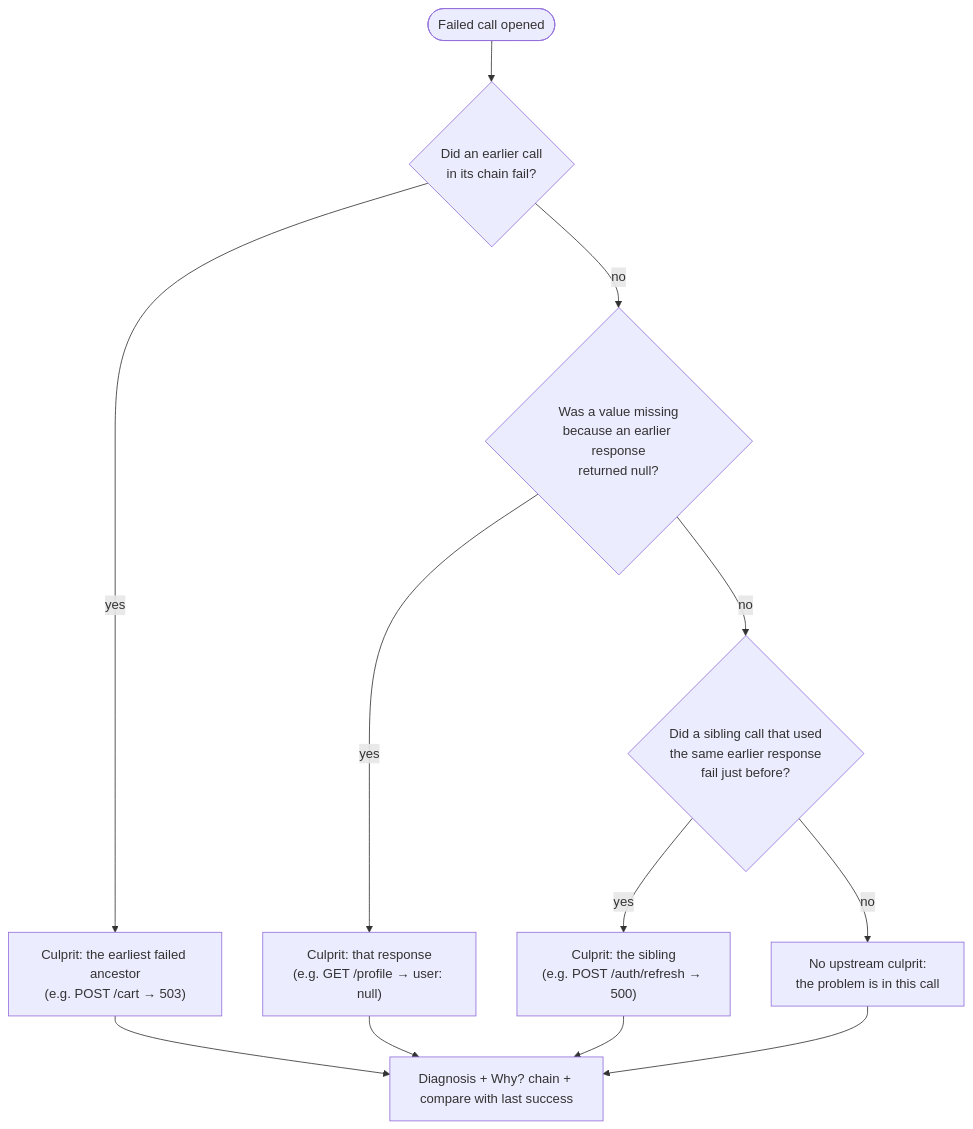
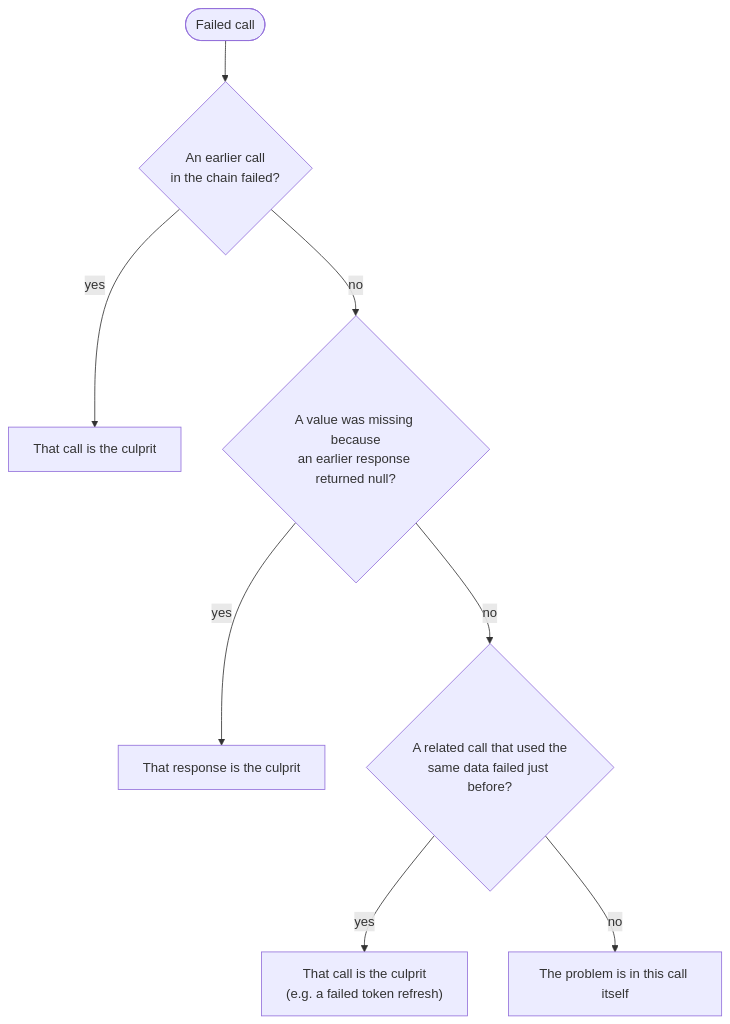
Before and after one commit to melvin-balajadia/culprit: the second of 2 diagrams in docs/CASE_STUDY.md, drawn with Mermaid. The commit also changed other lines of this file, not shown here.

````diff
--- a/docs/CASE_STUDY.md
+++ b/docs/CASE_STUDY.md
@@ -346,11 +167,10 @@
 ```mermaid
 flowchart TD
-    S([Failed call opened]) --> A{Did an earlier call<br/>in its chain fail?}
-    A -- yes --> C1["Culprit: the earliest failed ancestor<br/>(e.g. POST /cart → 503)"]
-    A -- no --> B{Was a value missing<br/>because an earlier response<br/>returned null?}
-    B -- yes --> C2["Culprit: that response<br/>(e.g. GET /profile → user: null)"]
-    B -- no --> D{Did a sibling call that used<br/>the same earlier response<br/>fail just before?}
-    D -- yes --> C3["Culprit: the sibling<br/>(e.g. POST /auth/refresh → 500)"]
-    D -- no --> N["No upstream culprit:<br/>the problem is in this call"]
-    C1 & C2 & C3 & N --> R["Diagnosis + Why? chain + compare with last success"]
+    S([Failed call]) --> A{An earlier call<br/>in the chain failed?}
+    A -- yes --> C1[That call is the culprit]
+    A -- no --> B{A value was missing because<br/>an earlier response returned null?}
+    B -- yes --> C2[That response is the culprit]
+    B -- no --> D{A related call that used the<br/>same data failed just before?}
+    D -- yes --> C3["That call is the culprit<br/>(e.g. a failed token refresh)"]
+    D -- no --> N[The problem is in this call itself]
 ```
````
